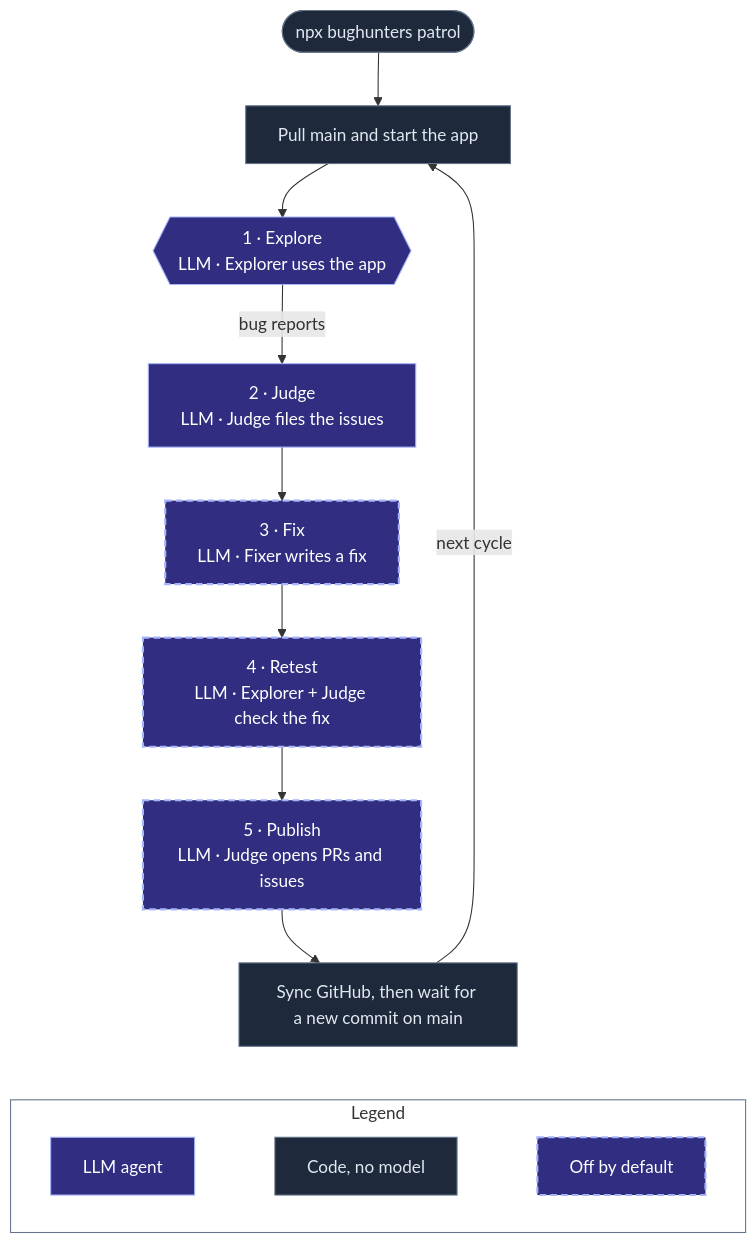
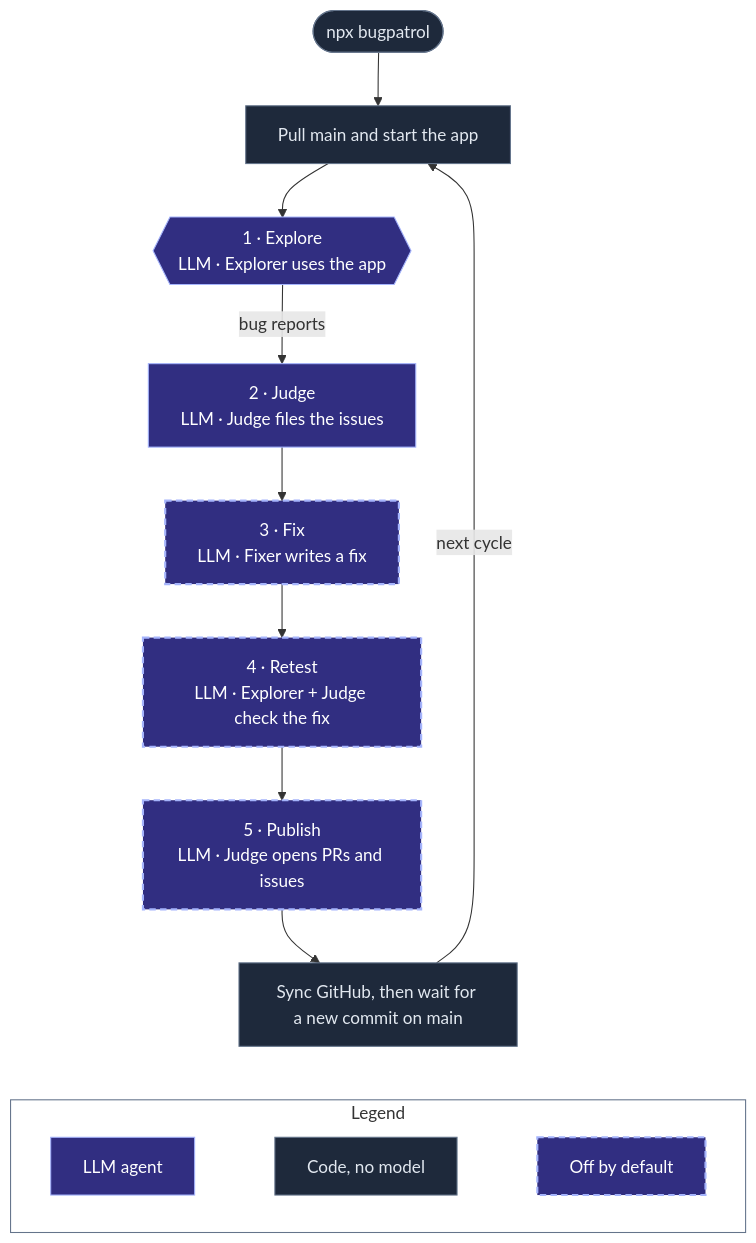
Before and after one commit to agent-labs-dev/bughunters: the diagram in README.md, drawn with Mermaid. The commit also changed other lines of this file and 209 other files, not shown here.

First line of the commit message:
feat: rename Bughunters to Bugpatrol (#41)

````diff
--- a/README.md
+++ b/README.md
@@ -32,27 +32,27 @@
 ```mermaid
 flowchart TB
-  start(["npx bughunters patrol"]) --> pull["Pull main and start the app"]
+  start(["npx bugpatrol"]) --> pull["Pull main and start the app"]
   pull --> explorer{{"1 · Explore<br/>LLM · Explorer uses the app"}}
   explorer -->|"bug reports"| judge
 
   judge["2 · Judge<br/>LLM · Judge files the issues"] --> fixer["3 · Fix<br/>LLM · Fixer writes a fix"]
   fixer --> retest["4 · Retest<br/>LLM · Explorer + Judge check the fix"]
   retest --> publish["5 · Publish<br/>LLM · Judge opens PRs and issues"]
 
   publish --> wait["Sync GitHub, then wait for a new commit on main"]
   wait -->|"next cycle"| pull
 
   subgraph legend ["Legend"]
     direction LR
     l1["LLM agent"] ~~~ l3["Code, no model"] ~~~ l4["Off by default"]
   end
   wait ~~~ legend
 
   classDef llm fill:#312e81,stroke:#a5b4fc,color:#ffffff
   classDef code fill:#1e293b,stroke:#64748b,color:#e2e8f0
   classDef opt fill:#312e81,stroke:#a5b4fc,color:#ffffff,stroke-width:2px,stroke-dasharray:6 4
   class explorer,judge,l1 llm
   class start,pull,wait,l3 code
   class fixer,retest,publish,l4 opt
   style legend fill:transparent,stroke:#64748b
 ```
````
